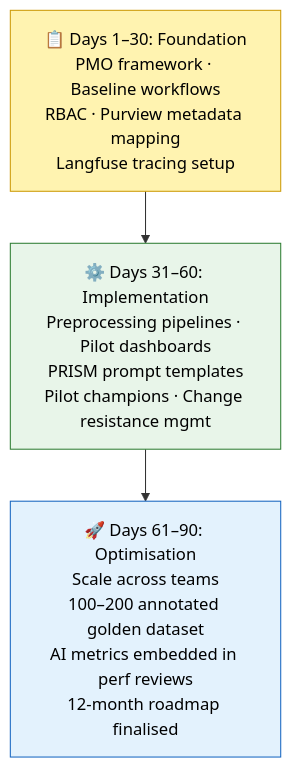
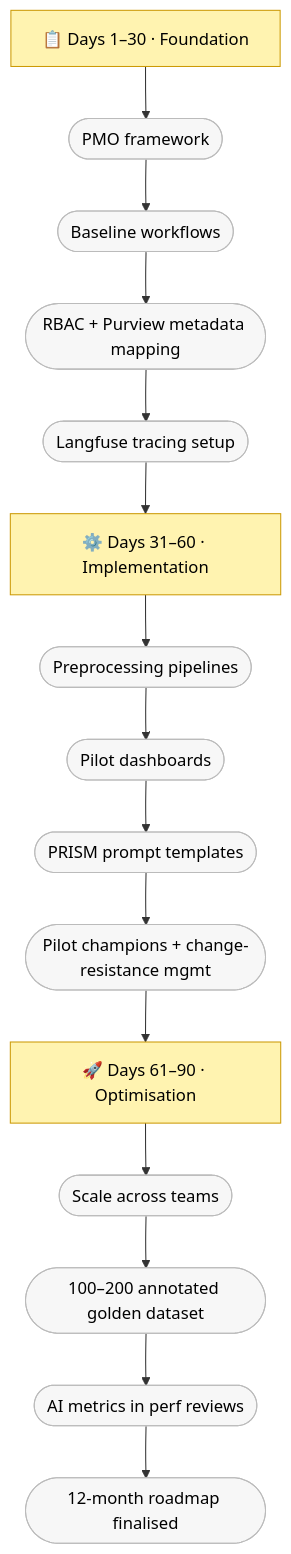
Before and after one commit to sfrancis2017/sajivfrancis.github.io: the fifth of 5 diagrams in src/content/blog/2026-06-07-ai-driven-leadership.mdx, drawn with Mermaid. The commit also changed 1 other file, not shown here.

Commit message:
Wrap Plotly chart titles (full text on mobile) + mobile-stacked roadmap
- Plotly titles now WRAP onto balanced multiple lines (with automargin
  reserving the room) instead of clipping on narrow screens — full header text
  stays visible; font still scales with width; re-wraps on resize/rotation.
- Roadmap diagram: vertical (flowchart TB) phase headers + stadium "chips" per
  deliverable, so it stacks cleanly on mobile instead of three dense boxes.

````diff
--- a/src/content/blog/2026-06-07-ai-driven-leadership.mdx
+++ b/src/content/blog/2026-06-07-ai-driven-leadership.mdx
@@ -290,16 +290,15 @@
 ```mermaid
-flowchart TD
-  classDef foundation fill:#fff3b0,stroke:#cc9a06,color:#000
-  classDef implement fill:#e8f5e9,stroke:#2e7d32,color:#000
-  classDef optimise fill:#e3f2fd,stroke:#1565c0,color:#000
+flowchart TB
+  P1["📋 Days 1–30 · Foundation"]
+  P2["⚙️ Days 31–60 · Implementation"]
+  P3["🚀 Days 61–90 · Optimisation"]
 
-  F["📋 Days 1–30: Foundation<br/>PMO framework · Baseline workflows<br/>RBAC · Purview metadata mapping<br/>Langfuse tracing setup"]
-  I["⚙️ Days 31–60: Implementation<br/>Preprocessing pipelines · Pilot dashboards<br/>PRISM prompt templates<br/>Pilot champions · Change resistance mgmt"]
-  O["🚀 Days 61–90: Optimisation<br/>Scale across teams<br/>100–200 annotated golden dataset<br/>AI metrics embedded in perf reviews<br/>12-month roadmap finalised"]
+  P1 --> a1(["PMO framework"]) --> a2(["Baseline workflows"]) --> a3(["RBAC + Purview metadata mapping"]) --> a4(["Langfuse tracing setup"]) --> P2
+  P2 --> b1(["Preprocessing pipelines"]) --> b2(["Pilot dashboards"]) --> b3(["PRISM prompt templates"]) --> b4(["Pilot champions + change-resistance mgmt"]) --> P3
+  P3 --> c1(["Scale across teams"]) --> c2(["100–200 annotated golden dataset"]) --> c3(["AI metrics in perf reviews"]) --> c4(["12-month roadmap finalised"])
 
-  F --> I --> O
-
-  class F foundation
-  class I implement
-  class O optimise
+  classDef phase fill:#fff3b0,stroke:#cc9a06,color:#000
+  classDef chip fill:#f7f7f7,stroke:#bbbbbb,color:#000
+  class P1,P2,P3 phase
+  class a1,a2,a3,a4,b1,b2,b3,b4,c1,c2,c3,c4 chip
 ```
````
